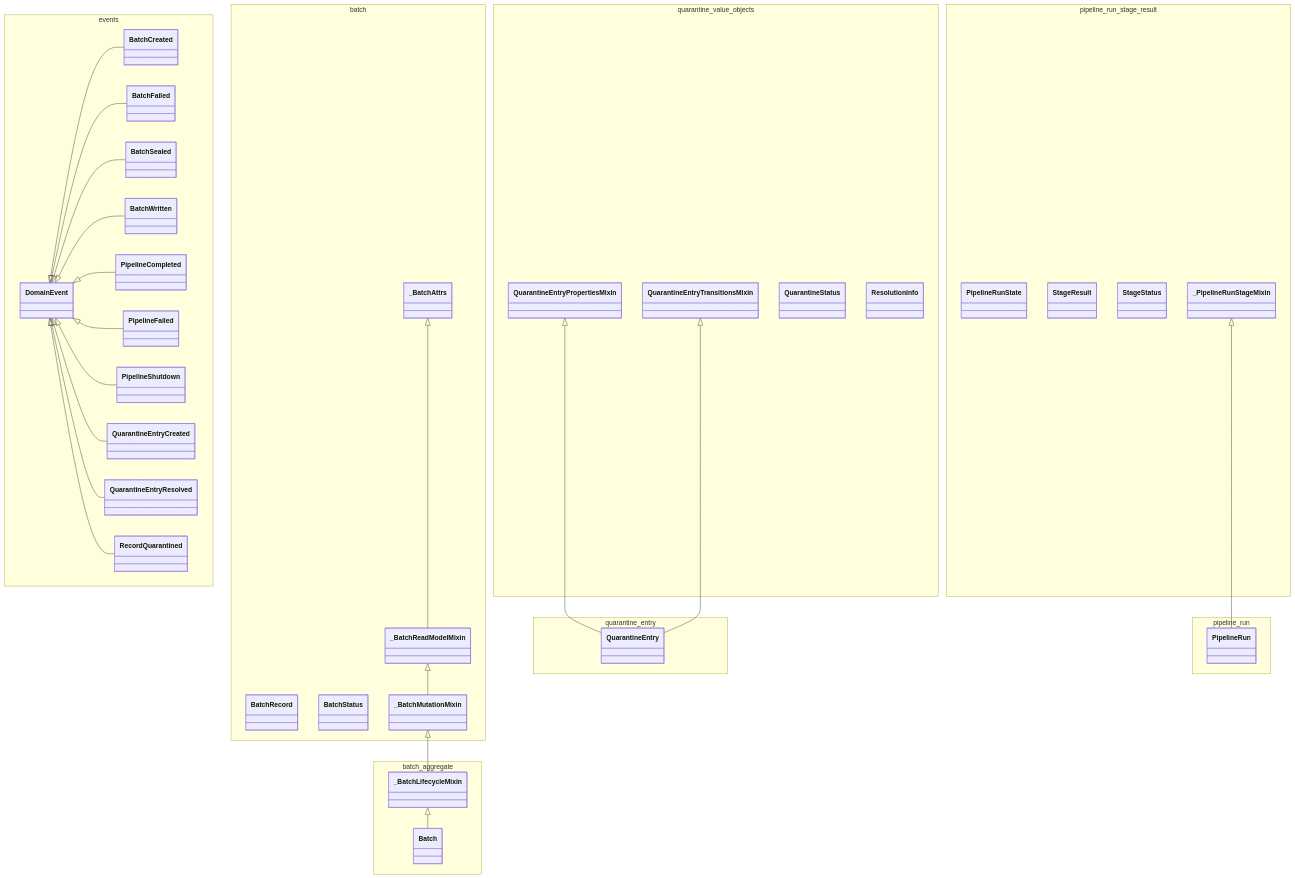
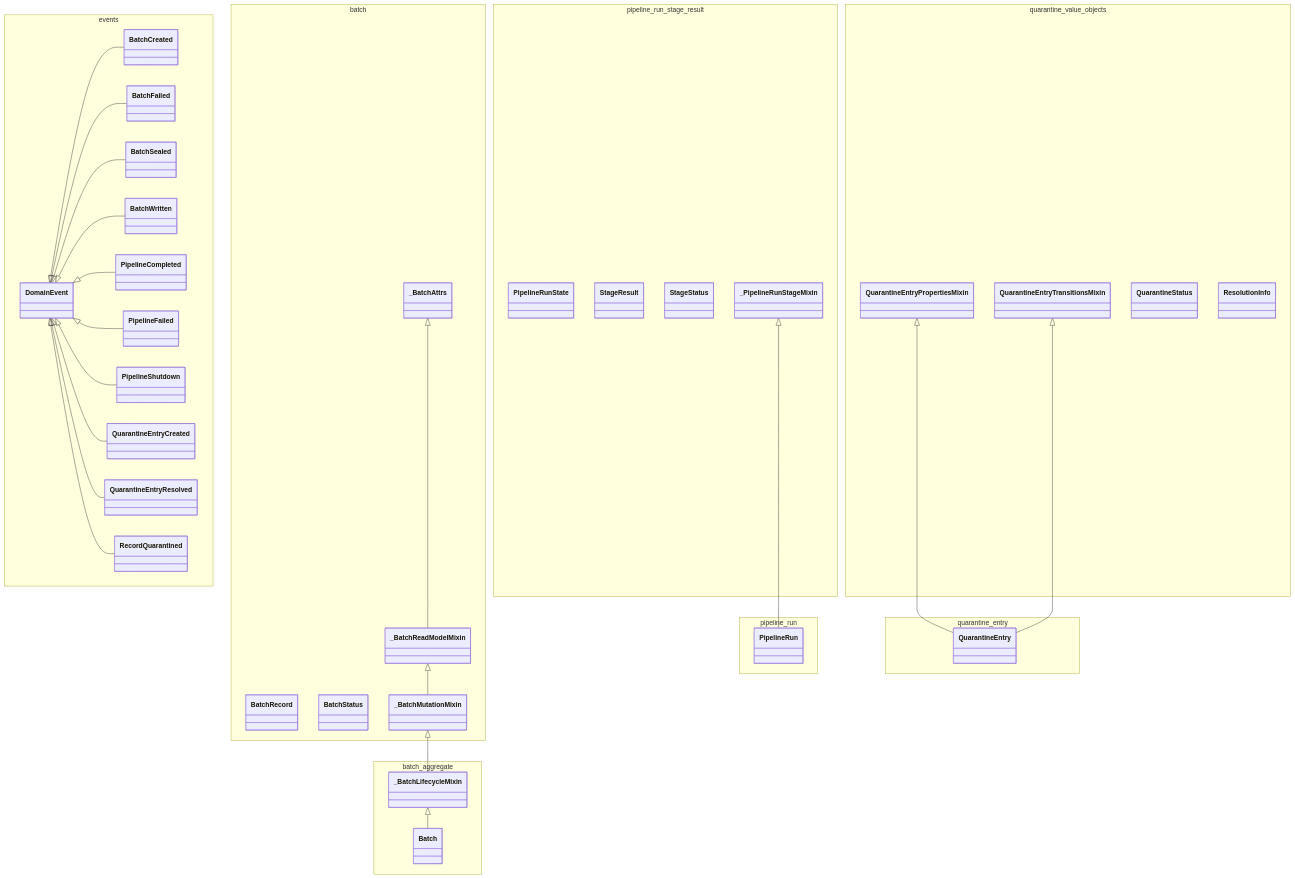
The diagram in docs/02-architecture/diagrams/class-diagrams/90-pkg-domain-aggregates.mmd (SatoryKono/BioactivityDataAcquisition), drawn with Mermaid before and after one commit. The commit also changed other lines of this file and 15 other files, not shown here.

First line of the commit message:
fix(ci): type PipelineRun mixins and refresh #10305 artifacts

```diff
--- a/docs/02-architecture/diagrams/class-diagrams/90-pkg-domain-aggregates.mmd
+++ b/docs/02-architecture/diagrams/class-diagrams/90-pkg-domain-aggregates.mmd
@@ -1,77 +1,77 @@
 %% Title: Package Family: domain/aggregates
-%% Covers: AST-derived supplemental package-family inventory for src/bioetl/domain/aggregates; modules: events, _quarantine_value_objects, batch, pipeline_run_stage_result, _batch_aggregate, quarantine_entry, pipeline_run.
+%% Covers: AST-derived supplemental package-family inventory for src/bioetl/domain/aggregates; modules: events, batch, _quarantine_value_objects, pipeline_run_stage_result, _batch_aggregate, pipeline_run.
 %% Components: top-level classes grouped by source module.
 %% @version 1.0.0
 %% @type    classDiagram
 %% @date    2026-09-10
 %% @level   Package Family / Inventory Slice
 %% @nodes   28
 %% @reference Generated supplemental package-family diagram. Curated class-summary remains narrative-only.
 classDiagram
 
     namespace events {
         class BatchCreated
         class BatchFailed
         class BatchSealed
         class BatchWritten
         class DomainEvent
         class PipelineCompleted
         class PipelineFailed
         class PipelineShutdown
         class QuarantineEntryCreated
         class QuarantineEntryResolved
         class RecordQuarantined
     }
 
+    namespace batch {
+        class BatchRecord
+        class BatchStatus
+        class _BatchAttrs
+        class _BatchMutationMixin
+        class _BatchReadModelMixin
+    }
+
     namespace quarantine_value_objects {
         class QuarantineEntryPropertiesMixin
         class QuarantineEntryTransitionsMixin
         class QuarantineStatus
         class ResolutionInfo
-    }
-
-    namespace batch {
-        class BatchRecord
-        class BatchStatus
-        class _BatchAttrs
-        class _BatchReadModelMixin
-        class _BatchMutationMixin
     }
 
     namespace pipeline_run_stage_result {
         class PipelineRunState
         class StageResult
         class StageStatus
         class _PipelineRunStageMixin
     }
 
     namespace batch_aggregate {
         class Batch
         class _BatchLifecycleMixin
     }
 
+    namespace pipeline_run {
+        class PipelineRun
+    }
+
     namespace quarantine_entry {
         class QuarantineEntry
-    }
-
-    namespace pipeline_run {
-        class PipelineRun
     }
 
     DomainEvent <|-- BatchCreated
     DomainEvent <|-- BatchFailed
     DomainEvent <|-- BatchSealed
     DomainEvent <|-- BatchWritten
     DomainEvent <|-- PipelineCompleted
     DomainEvent <|-- PipelineFailed
     DomainEvent <|-- PipelineShutdown
     DomainEvent <|-- QuarantineEntryCreated
     DomainEvent <|-- QuarantineEntryResolved
     DomainEvent <|-- RecordQuarantined
     QuarantineEntryPropertiesMixin <|-- QuarantineEntry
     QuarantineEntryTransitionsMixin <|-- QuarantineEntry
     _BatchAttrs <|-- _BatchReadModelMixin
+    _BatchLifecycleMixin <|-- Batch
+    _BatchMutationMixin <|-- _BatchLifecycleMixin
     _BatchReadModelMixin <|-- _BatchMutationMixin
-    _BatchMutationMixin <|-- _BatchLifecycleMixin
-    _BatchLifecycleMixin <|-- Batch
     _PipelineRunStageMixin <|-- PipelineRun
```
